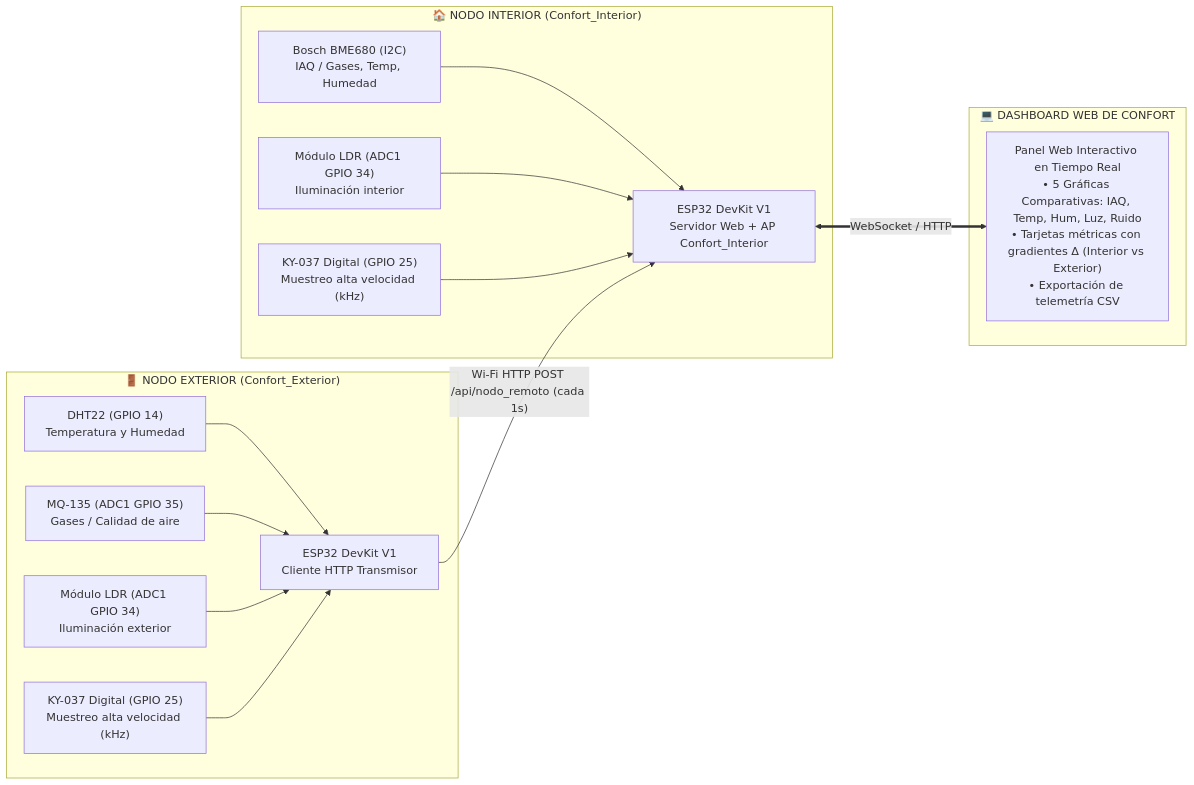
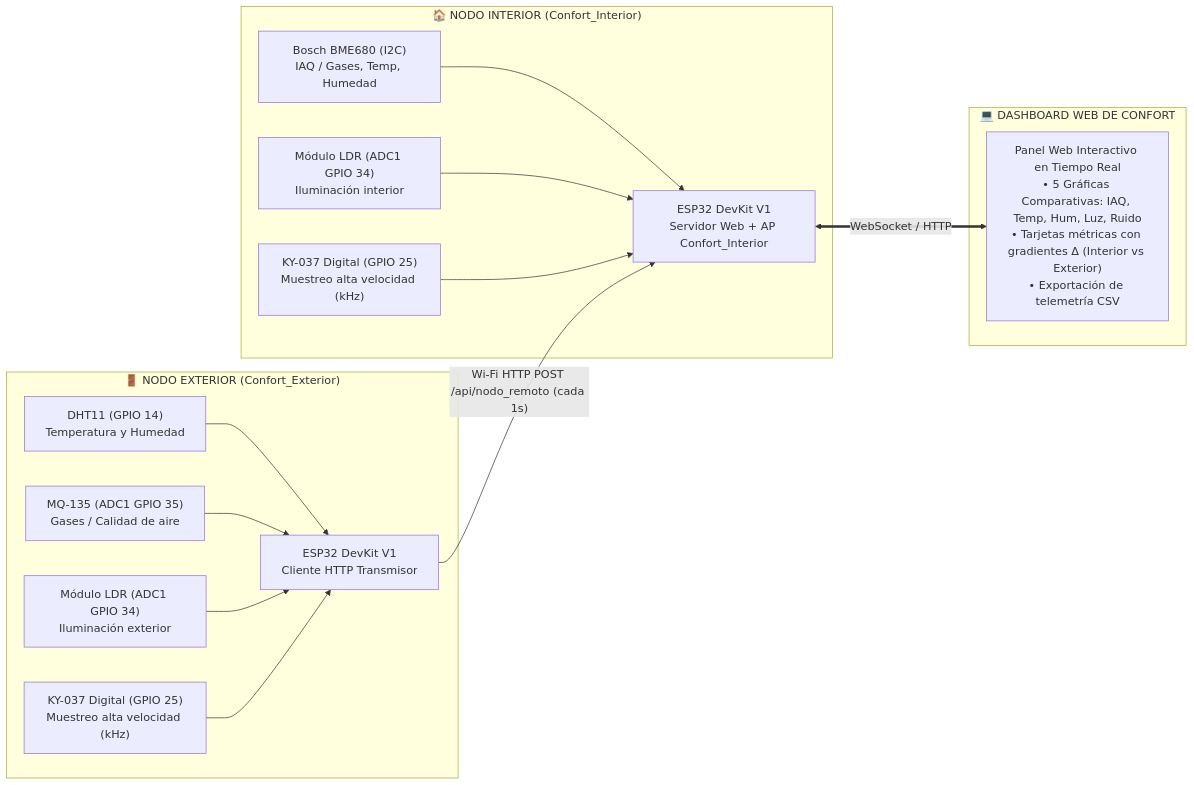
One commit to JuanMartin-Cruz/ESP32-grupo-1-Etapa2 changed the diagram in readme_etapa2.md. Above: the diagram before and after it, drawn with Mermaid. The commit also changed other lines of this file and 9 other files, not shown here.

````diff
--- a/readme_etapa2.md
+++ b/readme_etapa2.md
@@ -32,31 +32,31 @@
 ```mermaid
 flowchart LR
     subgraph INT["🏠 NODO INTERIOR (Confort_Interior)"]
         ESP1["ESP32 DevKit V1<br/>Servidor Web + AP Confort_Interior"]
         BME1["Bosch BME680 (I2C)<br/>IAQ / Gases, Temp, Humedad"]
         LDR1["Módulo LDR (ADC1 GPIO 34)<br/>Iluminación interior"]
         SON1["KY-037 Digital (GPIO 25)<br/>Muestreo alta velocidad (kHz)"]
         BME1 --> ESP1
         LDR1 --> ESP1
         SON1 --> ESP1
     end
 
     subgraph EXT["🚪 NODO EXTERIOR (Confort_Exterior)"]
         ESP2["ESP32 DevKit V1<br/>Cliente HTTP Transmisor"]
-        DHT["DHT22 (GPIO 14)<br/>Temperatura y Humedad"]
+        DHT["DHT11 (GPIO 14)<br/>Temperatura y Humedad"]
         MQ["MQ-135 (ADC1 GPIO 35)<br/>Gases / Calidad de aire"]
         LDR2["Módulo LDR (ADC1 GPIO 34)<br/>Iluminación exterior"]
         SON2["KY-037 Digital (GPIO 25)<br/>Muestreo alta velocidad (kHz)"]
         DHT --> ESP2
         MQ --> ESP2
         LDR2 --> ESP2
         SON2 --> ESP2
     end
 
     subgraph DASHBOARD["💻 DASHBOARD WEB DE CONFORT"]
         PANEL["Panel Web Interactivo en Tiempo Real<br/>• 5 Gráficas Comparativas: IAQ, Temp, Hum, Luz, Ruido<br/>• Tarjetas métricas con gradientes Δ (Interior vs Exterior)<br/>• Exportación de telemetría CSV"]
     end
 
     ESP2 -- "Wi-Fi HTTP POST /api/nodo_remoto (cada 1s)" --> ESP1
     ESP1 <== "WebSocket / HTTP" ==> PANEL
 ```
````
